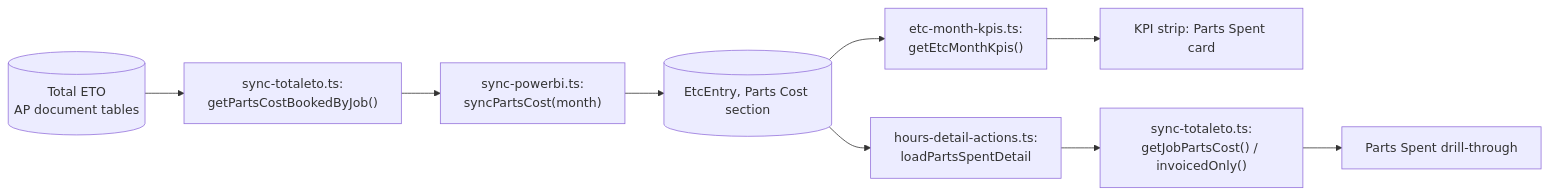
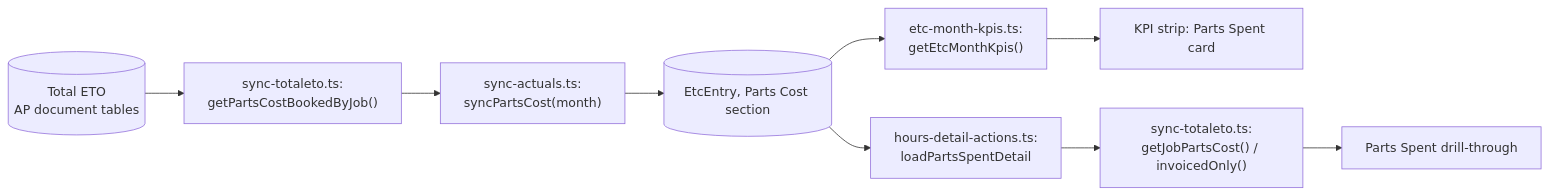
Before and after one commit to abhikamuju36-ui/SDC-Tools: the second of 3 diagrams in docs/DATA-FLOW.md, drawn with Mermaid. The commit also changed 28 other files, not shown here.

First line of the commit message:
Rename sync-powerbi.ts to sync-actuals.ts; drop the power_bi column default

````diff
--- a/docs/DATA-FLOW.md
+++ b/docs/DATA-FLOW.md
@@ -30,11 +30,11 @@
 ```mermaid
 flowchart LR
     A[(Total ETO<br/>AP document tables)] --> B["sync-totaleto.ts:<br/>getPartsCostBookedByJob()"]
-    B --> C["sync-powerbi.ts:<br/>syncPartsCost(month)"]
+    B --> C["sync-actuals.ts:<br/>syncPartsCost(month)"]
     C --> D[(EtcEntry, Parts Cost section)]
     D --> E["etc-month-kpis.ts:<br/>getEtcMonthKpis()"]
     E --> F[KPI strip: Parts Spent card]
     D --> G[hours-detail-actions.ts:<br/>loadPartsSpentDetail]
     G --> H["sync-totaleto.ts:<br/>getJobPartsCost() / invoicedOnly()"]
     H --> I[Parts Spent drill-through]
 ```
````
